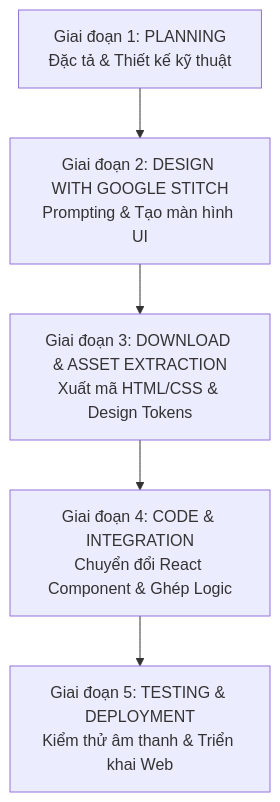
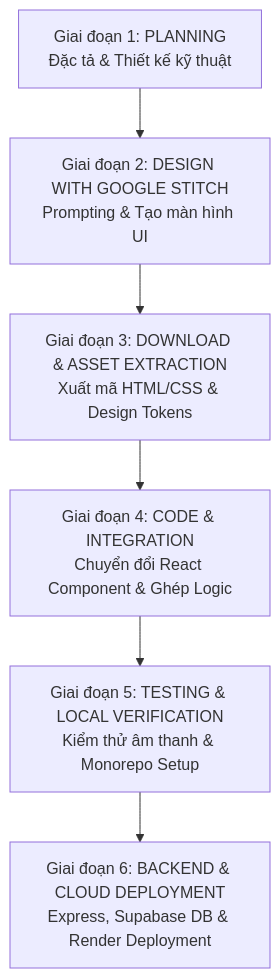
One commit to tincodedao/VibeSpaceStudio changed the diagram in PLAN.md. Above: the diagram before and after it, drawn with Mermaid. The commit also changed other lines of this file, not shown here.

Commit message:
docs: add Milestone 6 specification to PLAN.md for Express backend, Supabase DB and Render deployment

````diff
--- a/PLAN.md
+++ b/PLAN.md
@@ -9,7 +9,8 @@
 ```mermaid
 flowchart TD
     P1[Giai đoạn 1: PLANNING<br>Đặc tả & Thiết kế kỹ thuật] --> P2[Giai đoạn 2: DESIGN WITH GOOGLE STITCH<br>Prompting & Tạo màn hình UI]
     P2 --> P3[Giai đoạn 3: DOWNLOAD & ASSET EXTRACTION<br>Xuất mã HTML/CSS & Design Tokens]
     P3 --> P4[Giai đoạn 4: CODE & INTEGRATION<br>Chuyển đổi React Component & Ghép Logic]
-    P4 --> P5[Giai đoạn 5: TESTING & DEPLOYMENT<br>Kiểm thử âm thanh & Triển khai Web]
+    P4 --> P5[Giai đoạn 5: TESTING & LOCAL VERIFICATION<br>Kiểm thử âm thanh & Monorepo Setup]
+    P5 --> P6[Giai đoạn 6: BACKEND & CLOUD DEPLOYMENT<br>Express, Supabase DB & Render Deployment]
 ```
````
